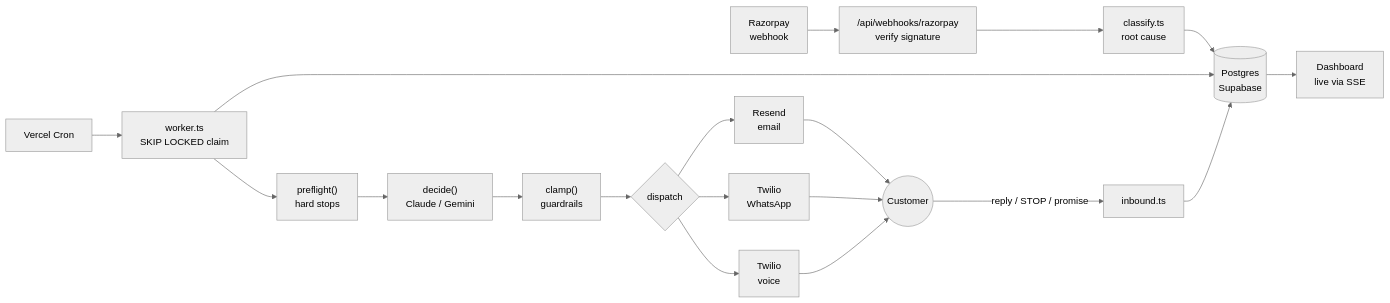
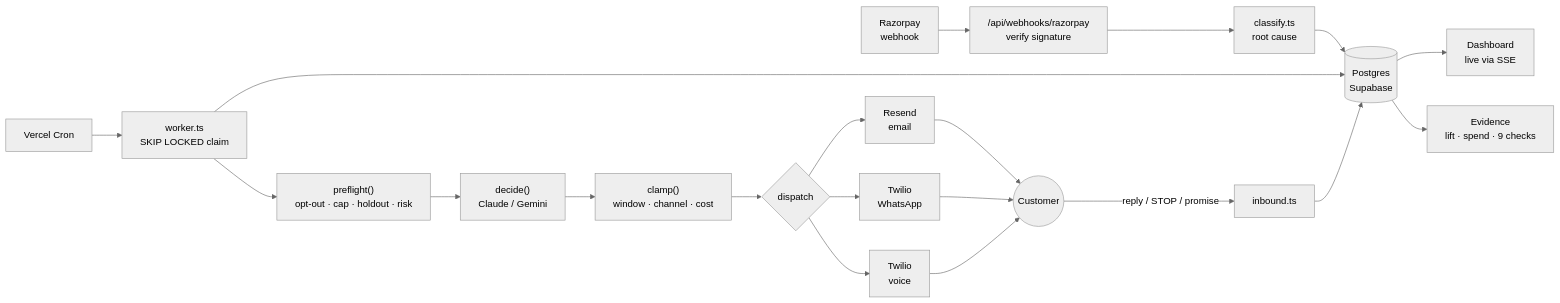
One commit to Mudavath-Giri-Naik/Tally changed the first of 3 diagrams in README.md. Above: the diagram before and after it, drawn with Mermaid (neutral theme). The commit also changed other lines of this file and 1 other file, not shown here.

````diff
--- a/README.md
+++ b/README.md
@@ -54,24 +57,25 @@
 ```mermaid
 flowchart LR
   RP["Razorpay<br/>webhook"] --> WH["/api/webhooks/razorpay<br/>verify signature"]
   WH --> CLS["classify.ts<br/>root cause"]
   CLS --> DB[("Postgres<br/>Supabase")]
 
   CRON["Vercel Cron"] --> WK["worker.ts<br/>SKIP LOCKED claim"]
   WK --> DB
-  WK --> PF["preflight()<br/>hard stops"]
+  WK --> PF["preflight()<br/>opt-out · cap · holdout · risk"]
   PF --> DEC["decide()<br/>Claude / Gemini"]
-  DEC --> CLAMP["clamp()<br/>guardrails"]
+  DEC --> CLAMP["clamp()<br/>window · channel · cost"]
   CLAMP --> DISP{"dispatch"}
 
   DISP --> EMAIL["Resend<br/>email"]
   DISP --> WA["Twilio<br/>WhatsApp"]
   DISP --> VOICE["Twilio<br/>voice"]
 
   EMAIL --> CUST(("Customer"))
   WA --> CUST
   VOICE --> CUST
   CUST -- "reply / STOP / promise" --> IB["inbound.ts"]
   IB --> DB
   DB --> DASH["Dashboard<br/>live via SSE"]
+  DB --> EVID["Evidence<br/>lift · spend · 9 checks"]
 ```
````
